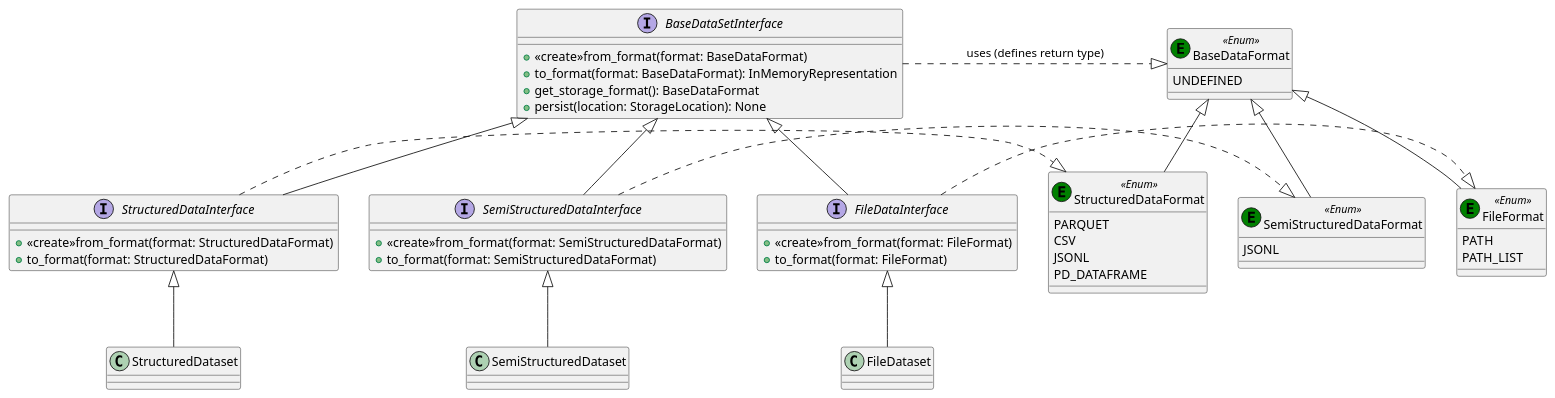
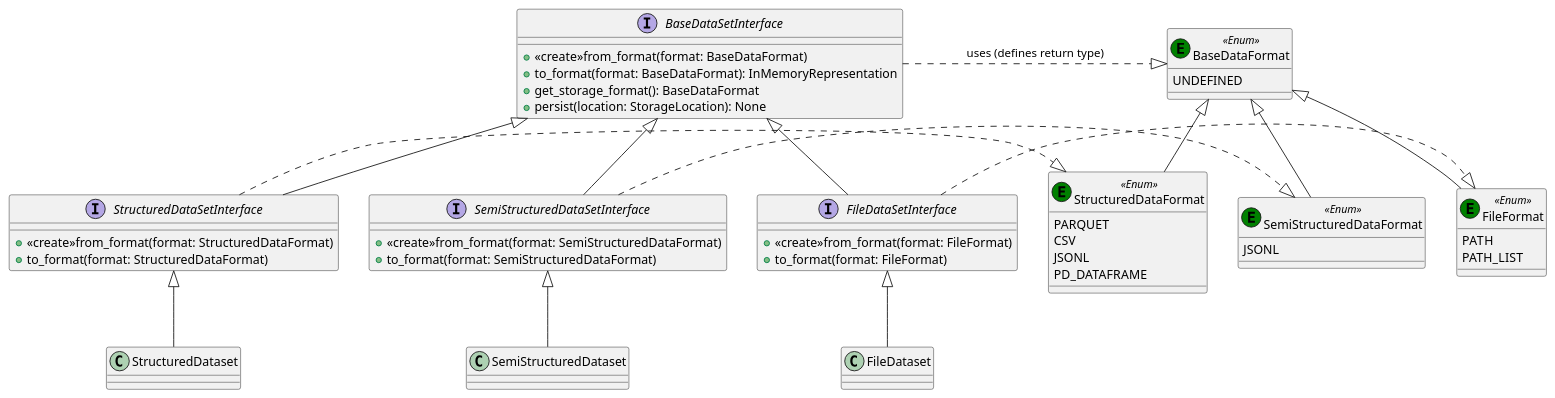
The diagram in docs/uml/dataset_interface.puml (tloeber/ML-interfaces), drawn with PlantUML before and after one commit. The commit also changed 14 other files, not shown here.

Commit message:
Move reader and writer from container to data*set*.

```diff
--- a/docs/uml/dataset_interface.puml
+++ b/docs/uml/dataset_interface.puml
@@ -1,64 +1,64 @@
 @startuml
 
 interface BaseDataSetInterface {
   +<<create>>from_format(format: BaseDataFormat)
   +to_format(format: BaseDataFormat): InMemoryRepresentation
   +get_storage_format(): BaseDataFormat
   +persist(location: StorageLocation): None
 }
 
-BaseDataSetInterface <|-- StructuredDataInterface
-BaseDataSetInterface <|-- SemiStructuredDataInterface
-BaseDataSetInterface <|-- FileDataInterface
+BaseDataSetInterface <|-- StructuredDataSetInterface
+BaseDataSetInterface <|-- SemiStructuredDataSetInterface
+BaseDataSetInterface <|-- FileDataSetInterface
 
-interface StructuredDataInterface {
+interface StructuredDataSetInterface {
   +<<create>>from_format(format: StructuredDataFormat)
   +to_format(format: StructuredDataFormat)
 }
 
-interface SemiStructuredDataInterface {
+interface SemiStructuredDataSetInterface {
   +<<create>>from_format(format: SemiStructuredDataFormat)
   +to_format(format: SemiStructuredDataFormat)
 }
 
-interface FileDataInterface {
+interface FileDataSetInterface {
   +<<create>>from_format(format: FileFormat)
   +to_format(format: FileFormat)
 }
 
-StructuredDataInterface <|-- StructuredDataset
-SemiStructuredDataInterface <|-- SemiStructuredDataset
-FileDataInterface <|-- FileDataset
+StructuredDataSetInterface <|-- StructuredDataset
+SemiStructuredDataSetInterface <|-- SemiStructuredDataset
+FileDataSetInterface <|-- FileDataset
 
 
 enum BaseDataFormat << (E,green) Enum >> {
   UNDEFINED
 }
 
 enum StructuredDataFormat << (E,green) Enum >> {
   PARQUET
   CSV
   JSONL
   PD_DATAFRAME
 }
 
 enum SemiStructuredDataFormat << (E,green) Enum >> {
   JSONL
 }
 
 enum FileFormat << (E,green) Enum >> {
   PATH
   PATH_LIST
 }
 
 BaseDataFormat <|-- StructuredDataFormat
 BaseDataFormat <|-- SemiStructuredDataFormat
 BaseDataFormat <|-- FileFormat
 
 BaseDataSetInterface .right.|> BaseDataFormat : uses (defines return type)
 
-StructuredDataInterface .right.|> StructuredDataFormat
-SemiStructuredDataInterface .right.|>  SemiStructuredDataFormat
-FileDataInterface .right.|> FileFormat
+StructuredDataSetInterface .right.|> StructuredDataFormat
+SemiStructuredDataSetInterface .right.|>  SemiStructuredDataFormat
+FileDataSetInterface .right.|> FileFormat
 
 @enduml
```
